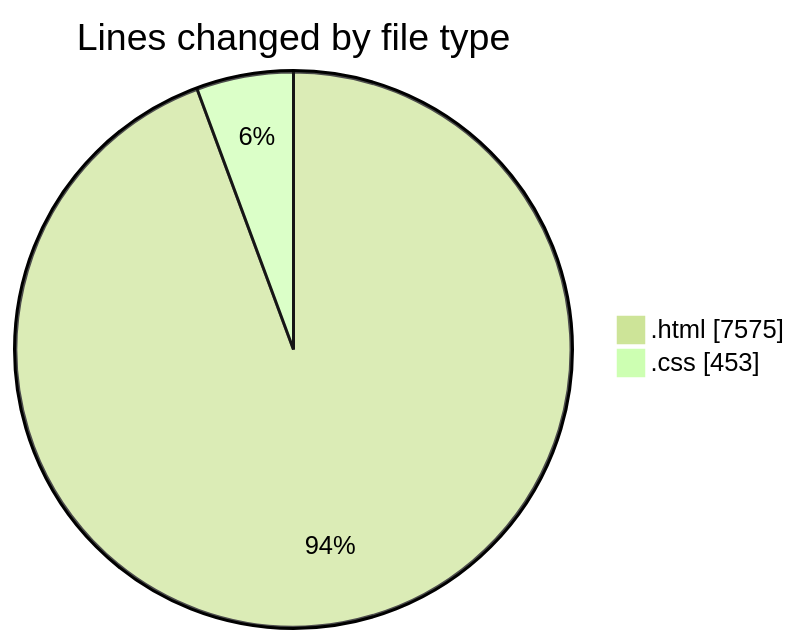
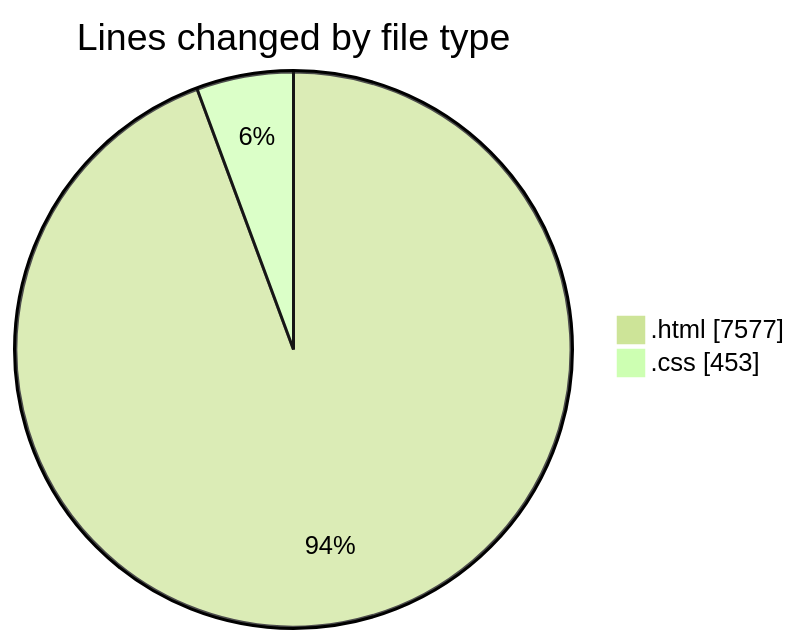
The first of 2 diagrams in 2025-08-09/nxtqube_webapp/README.md (nxtqubesakshisongat/code-tracking), drawn with Mermaid (forest theme) before and after one commit. The commit also changed other lines of this file and 1 other file, not shown here.

````diff
--- a/2025-08-09/nxtqube_webapp/README.md
+++ b/2025-08-09/nxtqube_webapp/README.md
@@ -23,6 +23,6 @@
 ```mermaid
 pie showData
 title Lines changed by file type
-".html" : 7575
+".html" : 7577
 ".css" : 453
 ```
````
